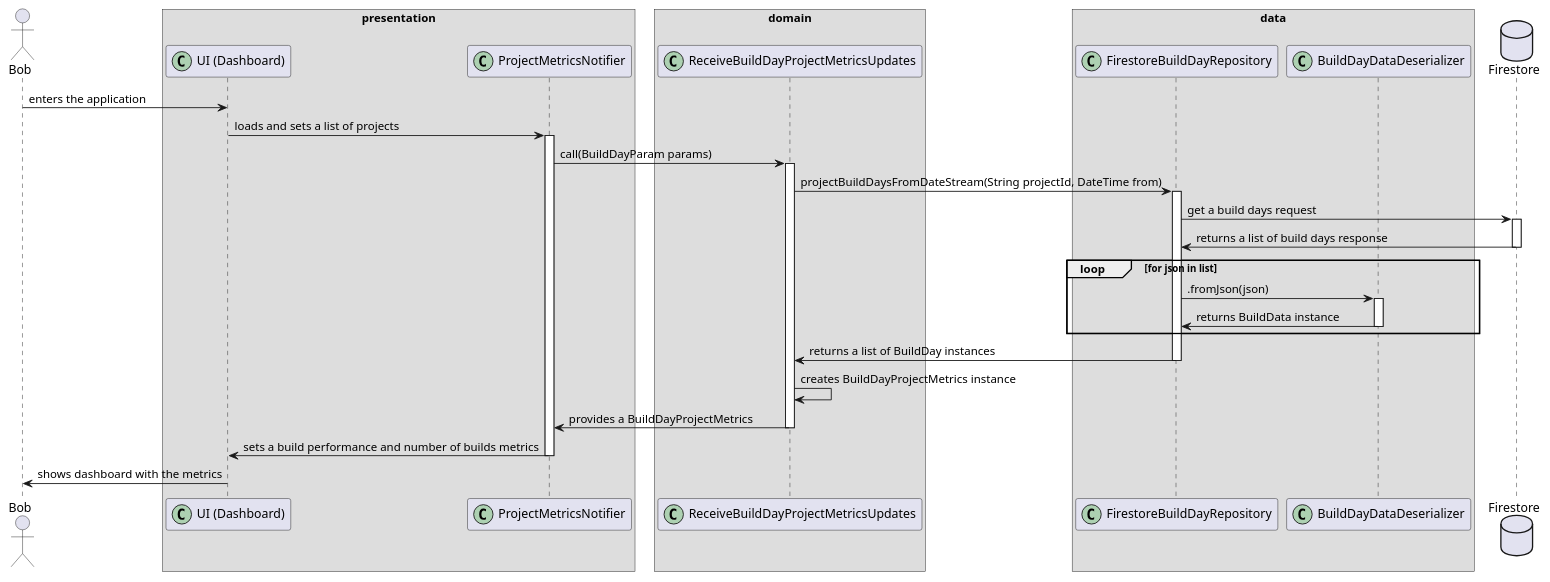
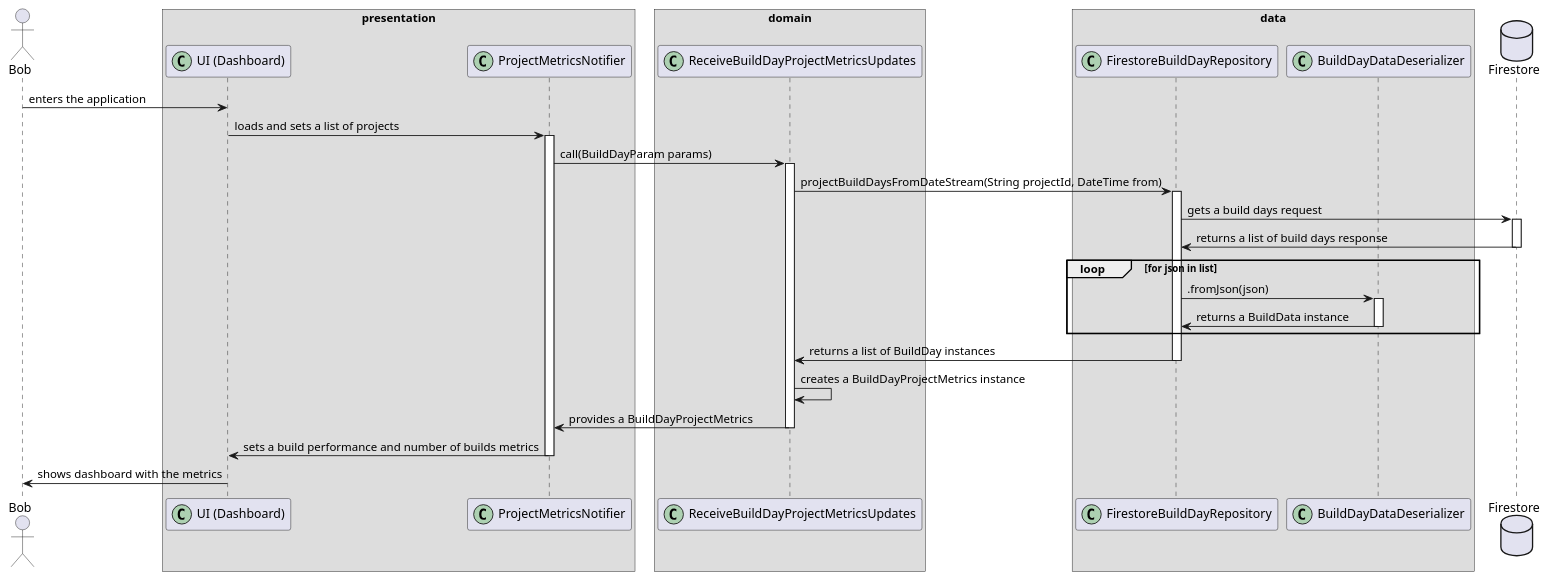
Before and after one commit to Flank/flank-dashboard: the diagram in metrics/web/docs/features/builds_aggregation/diagrams/build_days_sequence_diagram.puml, drawn with PlantUML. The commit also changed 1 other file, not shown here.

```diff
--- a/metrics/web/docs/features/builds_aggregation/diagrams/build_days_sequence_diagram.puml
+++ b/metrics/web/docs/features/builds_aggregation/diagrams/build_days_sequence_diagram.puml
@@ -1,59 +1,59 @@
 @startuml build_days_sequence_diagram
 skinparam BoxPadding 10
 
 actor Bob
 
 box "presentation"
         participant "UI (Dashboard)" as UI << (C,#ADD1B2) >>
         participant ProjectMetricsNotifier << (C,#ADD1B2) >>
     end box
 
 box "domain"
     participant ReceiveBuildDayProjectMetricsUpdates << (C,#ADD1B2) >>
 end box
 
 box "data"
     participant FirestoreBuildDayRepository << (C,#ADD1B2) >>
     participant BuildDayDataDeserializer << (C,#ADD1B2) >>
 end box    
 
 database Firestore
 
 Bob -> UI : enters the application
 
 UI -> ProjectMetricsNotifier : loads and sets a list of projects
 activate ProjectMetricsNotifier
 
 ProjectMetricsNotifier -> ReceiveBuildDayProjectMetricsUpdates : call(BuildDayParam params)
 activate ReceiveBuildDayProjectMetricsUpdates
 
 ReceiveBuildDayProjectMetricsUpdates -> FirestoreBuildDayRepository : projectBuildDaysFromDateStream(String projectId, DateTime from)
 activate FirestoreBuildDayRepository
 
-FirestoreBuildDayRepository -> Firestore : get a build days request
+FirestoreBuildDayRepository -> Firestore : gets a build days request
 activate Firestore
 
 Firestore -> FirestoreBuildDayRepository : returns a list of build days response
 deactivate Firestore
 
 loop for json in list
     FirestoreBuildDayRepository -> BuildDayDataDeserializer : .fromJson(json)
     activate BuildDayDataDeserializer
 
-    BuildDayDataDeserializer -> FirestoreBuildDayRepository : returns BuildData instance
+    BuildDayDataDeserializer -> FirestoreBuildDayRepository : returns a BuildData instance
     deactivate BuildDayDataDeserializer
 end
 
 FirestoreBuildDayRepository -> ReceiveBuildDayProjectMetricsUpdates : returns a list of BuildDay instances
 deactivate FirestoreBuildDayRepository
 
-ReceiveBuildDayProjectMetricsUpdates -> ReceiveBuildDayProjectMetricsUpdates : creates BuildDayProjectMetrics instance
+ReceiveBuildDayProjectMetricsUpdates -> ReceiveBuildDayProjectMetricsUpdates : creates a BuildDayProjectMetrics instance
 ReceiveBuildDayProjectMetricsUpdates -> ProjectMetricsNotifier : provides a BuildDayProjectMetrics
 deactivate ReceiveBuildDayProjectMetricsUpdates
 
 ProjectMetricsNotifier -> UI : sets a build performance and number of builds metrics
 deactivate ProjectMetricsNotifier
 
 UI -> Bob : shows dashboard with the metrics
 
 @enduml
```
